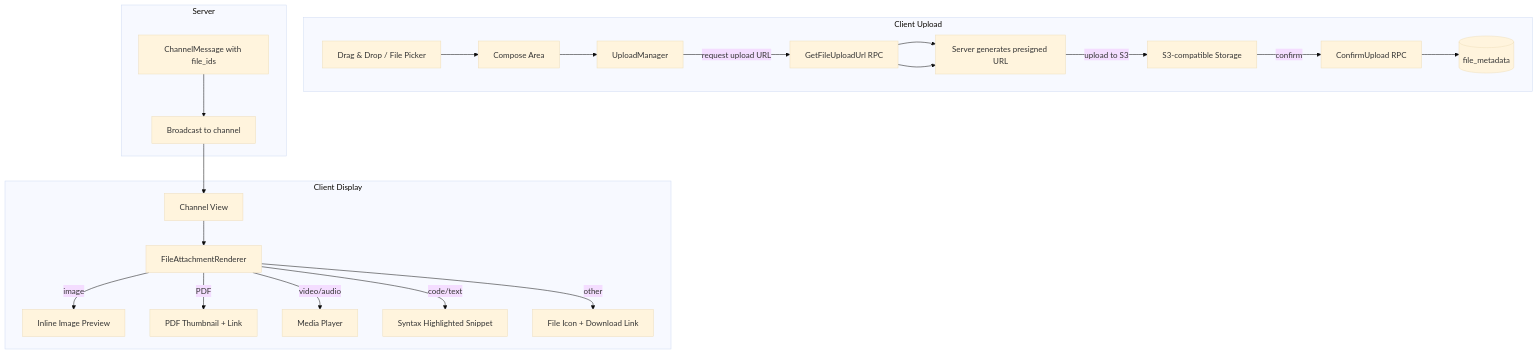
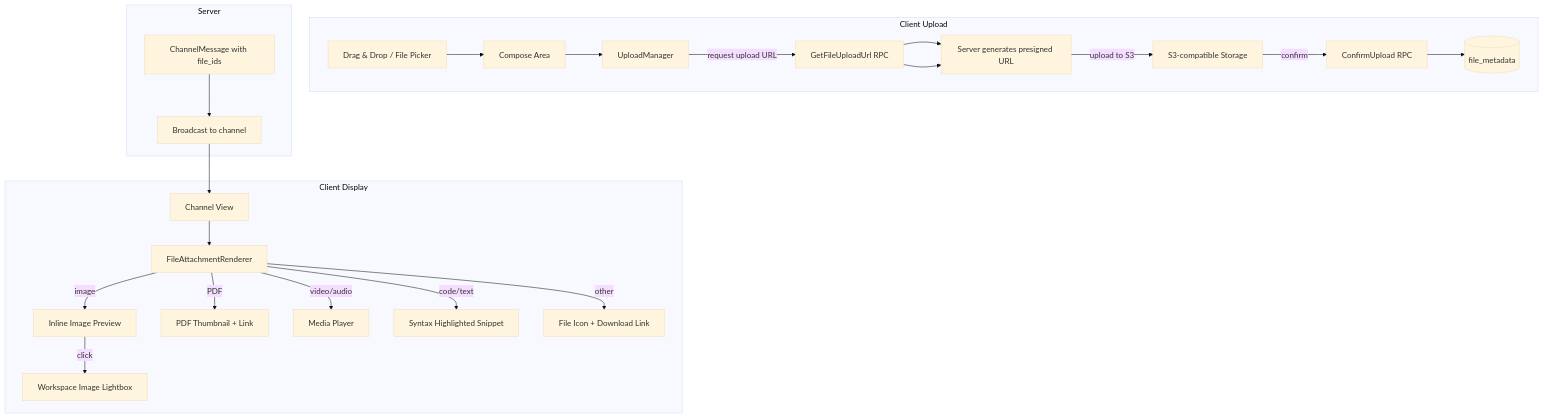
Before and after one commit to imagineerings/xor: the diagram in .agents/specs/collab-enhancement/channel-file-sharing/design.md, drawn with Mermaid (base theme). The commit also changed other lines of this file and 3 other files, not shown here.

First line of the commit message:
collab_ui: Add channel image lightbox

````diff
--- a/.agents/specs/collab-enhancement/channel-file-sharing/design.md
+++ b/.agents/specs/collab-enhancement/channel-file-sharing/design.md
@@ -17,27 +17,28 @@
 ```mermaid
 flowchart TB
     subgraph Client Upload
         A[Drag & Drop / File Picker] --> B[Compose Area]
         B --> C[UploadManager]
         C -->|request upload URL| D[GetFileUploadUrl RPC]
         D --> E[Server generates presigned URL]
         E -->|upload to S3| F[S3-compatible Storage]
         F -->|confirm| G[ConfirmUpload RPC]
         G --> H[(file_metadata)]
     end
     
     subgraph Client Display
         I[Channel View] --> J[FileAttachmentRenderer]
         J -->|image| K[Inline Image Preview]
+        K -->|click| K1[Workspace Image Lightbox]
         J -->|PDF| L[PDF Thumbnail + Link]
         J -->|video/audio| M[Media Player]
         J -->|code/text| N[Syntax Highlighted Snippet]
         J -->|other| O[File Icon + Download Link]
     end
     
     subgraph Server
         D --> E
         P[ChannelMessage with file_ids] --> Q[Broadcast to channel]
         Q --> I
     end
 ```
````
